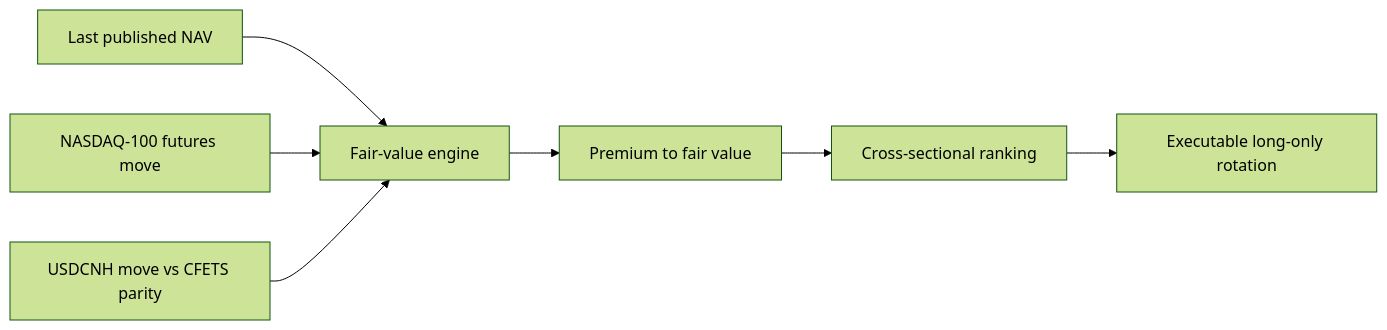
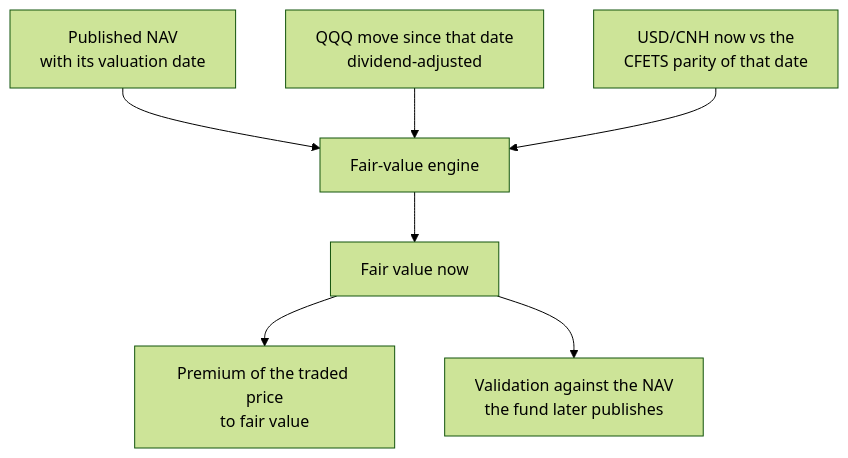
Before and after one commit to Leorich-max/qdii-fair-value-engine: the first of 2 diagrams in README.md, drawn with Mermaid (forest theme). The commit also changed other lines of this file and 52 other files, not shown here.

First line of the commit message:
Refocus on the fair-value engine; add a daily real-data premium dashboard

````diff
--- a/README.md
+++ b/README.md
@@ -23,9 +19,9 @@
 ```mermaid
-flowchart LR
-    NAV[Last published NAV] --> FV[Fair-value engine]
-    NDX[NASDAQ-100 futures move] --> FV
-    FX[USDCNH move vs CFETS parity] --> FV
-    FV --> P[Premium to fair value]
-    P --> R[Cross-sectional ranking]
-    R --> E[Executable long-only rotation]
+flowchart TD
+    A[Published NAV<br/>with its valuation date] --> D[Fair-value engine]
+    B[QQQ move since that date<br/>dividend-adjusted] --> D
+    C[USD/CNH now vs the<br/>CFETS parity of that date] --> D
+    D --> E[Fair value now]
+    E --> F[Premium of the traded price<br/>to fair value]
+    E --> G[Validation against the NAV<br/>the fund later publishes]
 ```
````
